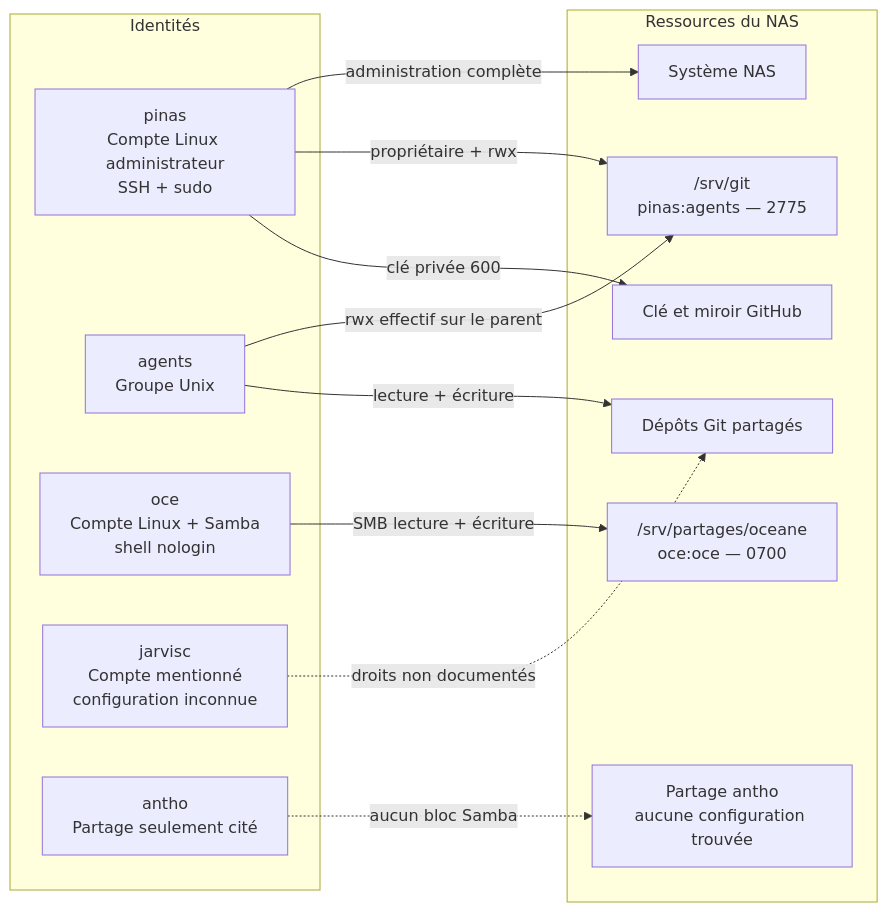
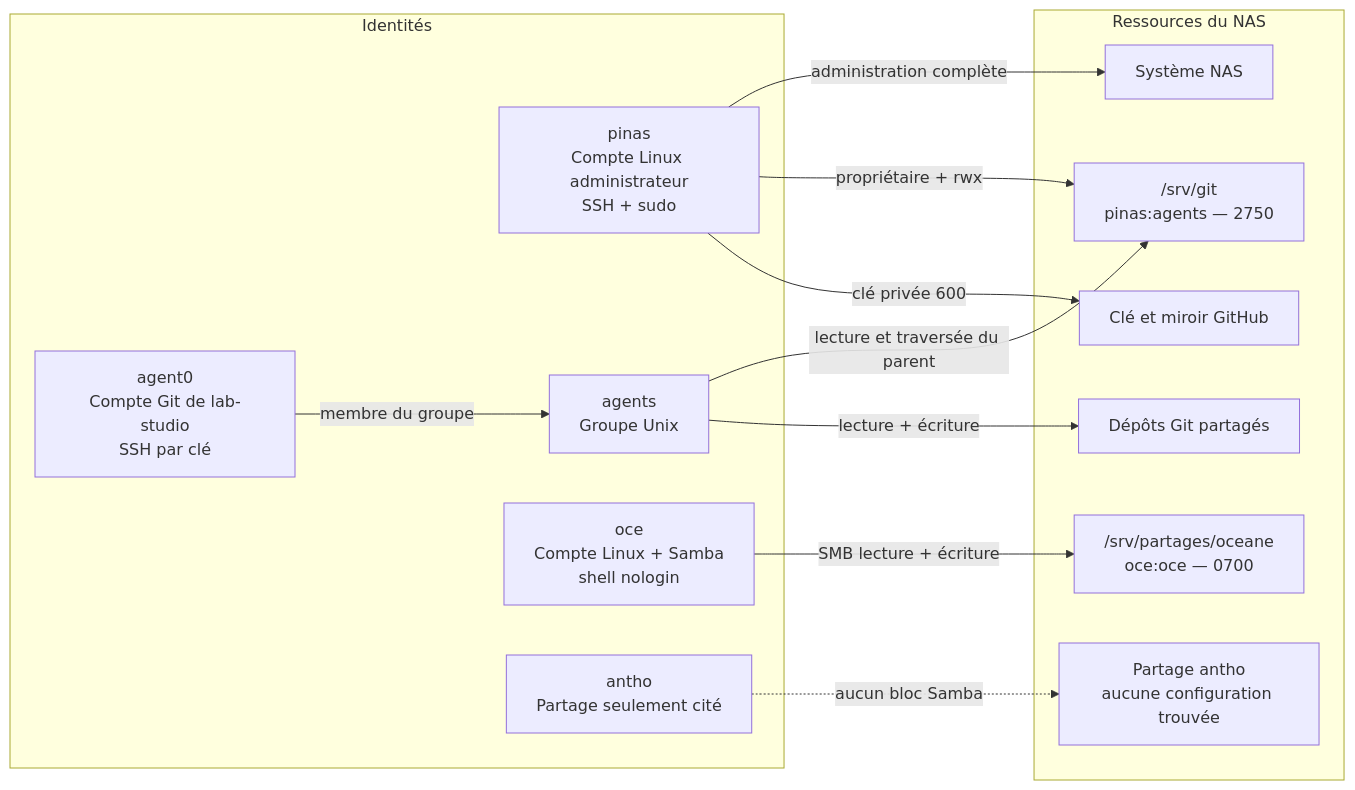
The fifth of 5 diagrams in reference-homelab.md (LaoTseu0/homelab), drawn with Mermaid before and after one commit. The commit also changed other lines of this file and 112 other files, not shown here.

Commit message:
Structurer le homelab et déployer lab-studio avec Ansible

````diff
--- a/reference-homelab.md
+++ b/reference-homelab.md
@@ -204,28 +224,28 @@
 ```mermaid
 flowchart LR
     subgraph Identities["Identités"]
         Pinas["pinas<br/>Compte Linux administrateur<br/>SSH + sudo"]
         Agents["agents<br/>Groupe Unix"]
         Oce["oce<br/>Compte Linux + Samba<br/>shell nologin"]
-        Jarvisc["jarvisc<br/>Compte mentionné<br/>configuration inconnue"]
+        Agent0["agent0<br/>Compte Git de lab-studio<br/>SSH par clé"]
         Antho["antho<br/>Partage seulement cité"]
     end
 
     subgraph Resources["Ressources du NAS"]
         System["Système NAS"]
-        GitParent["/srv/git<br/>pinas:agents — 2775"]
+        GitParent["/srv/git<br/>pinas:agents — 2750"]
         Repos["Dépôts Git partagés"]
         Mirror["Clé et miroir GitHub"]
         OceShare["/srv/partages/oceane<br/>oce:oce — 0700"]
         AnthoShare["Partage antho<br/>aucune configuration trouvée"]
     end
 
     Pinas -->|"administration complète"| System
     Pinas -->|"propriétaire + rwx"| GitParent
     Pinas -->|"clé privée 600"| Mirror
-    Agents -->|"rwx effectif sur le parent"| GitParent
+    Agents -->|"lecture et traversée du parent"| GitParent
     Agents -->|"lecture + écriture"| Repos
     Oce -->|"SMB lecture + écriture"| OceShare
-    Jarvisc -.->|"droits non documentés"| Repos
+    Agent0 -->|"membre du groupe"| Agents
     Antho -.->|"aucun bloc Samba"| AnthoShare
 ```
````
